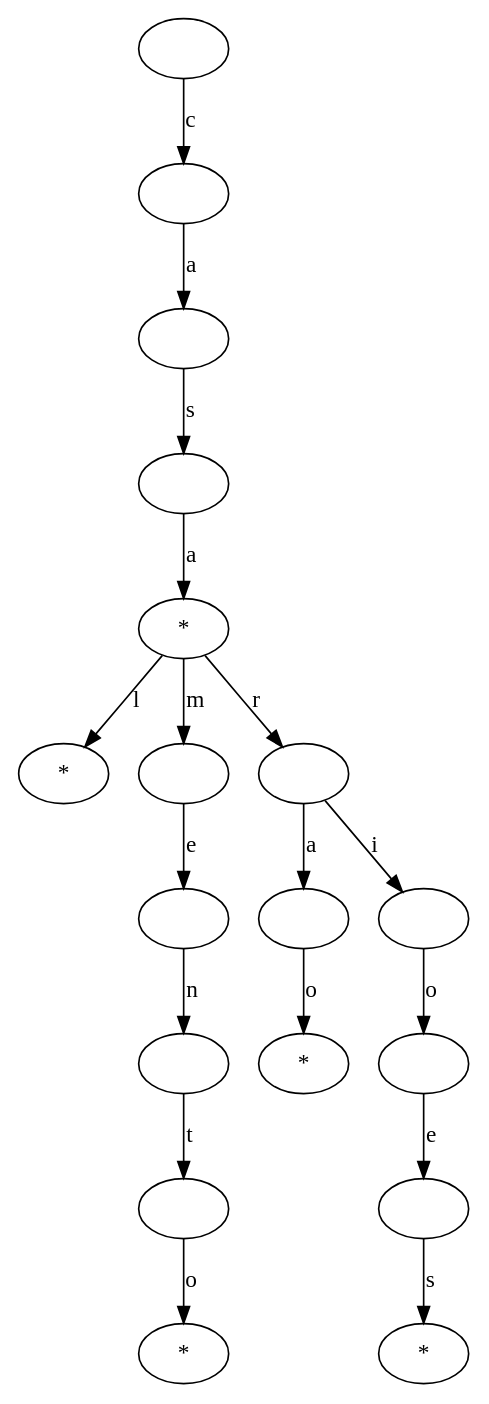
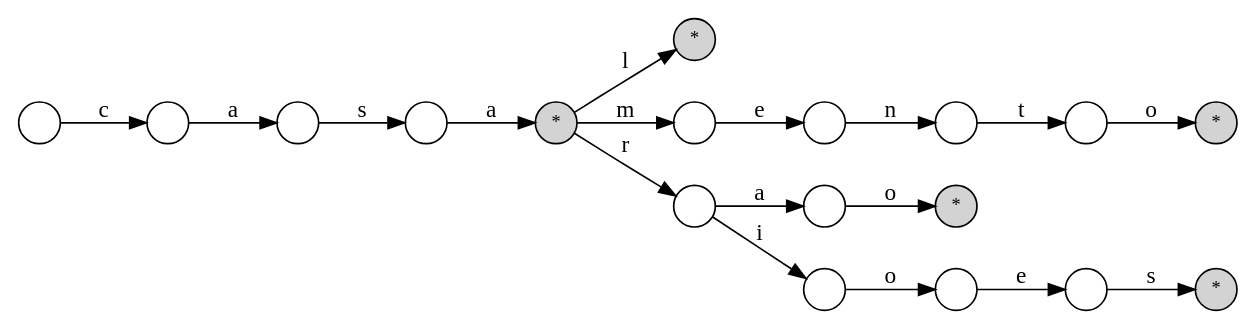
Before and after one commit to zCarlos17/Estrutura-em-Arvores: the diagram in visualizacoes/trie/trie_2_ramificacao.dot, drawn with Graphviz. The commit also changed 76 other files, not shown here.

Commit message:
diagramas visuais e correções na formatação do relatório LaTeX

```diff
--- a/visualizacoes/trie/trie_2_ramificacao.dot
+++ b/visualizacoes/trie/trie_2_ramificacao.dot
@@ -1,37 +1,40 @@
 digraph Trie{
-    node0x55e19e6ff6c0 [label=""];
-    node0x55e19e6ff6c0 -> node0x55e19e6ff7a0 [label="c"];
-    node0x55e19e6ff7a0 [label=""];
-    node0x55e19e6ff7a0 -> node0x55e19e6ff880 [label="a"];
-    node0x55e19e6ff880 [label=""];
-    node0x55e19e6ff880 -> node0x55e19e6ff960 [label="s"];
-    node0x55e19e6ff960 [label=""];
-    node0x55e19e6ff960 -> node0x55e19e6ffa40 [label="a"];
-    node0x55e19e6ffa40 [label="*"];
-    node0x55e19e6ffa40 -> node0x55e19e6ffb20 [label="l"];
-    node0x55e19e6ffb20 [label="*"];
-    node0x55e19e6ffa40 -> node0x55e19e6ffc00 [label="m"];
-    node0x55e19e6ffc00 [label=""];
-    node0x55e19e6ffc00 -> node0x55e19e6ffce0 [label="e"];
-    node0x55e19e6ffce0 [label=""];
-    node0x55e19e6ffce0 -> node0x55e19e6ffdc0 [label="n"];
-    node0x55e19e6ffdc0 [label=""];
-    node0x55e19e6ffdc0 -> node0x55e19e6ffea0 [label="t"];
-    node0x55e19e6ffea0 [label=""];
-    node0x55e19e6ffea0 -> node0x55e19e6fff80 [label="o"];
-    node0x55e19e6fff80 [label="*"];
-    node0x55e19e6ffa40 -> node0x55e19e700060 [label="r"];
-    node0x55e19e700060 [label=""];
-    node0x55e19e700060 -> node0x55e19e700140 [label="a"];
-    node0x55e19e700140 [label=""];
-    node0x55e19e700140 -> node0x55e19e700220 [label="o"];
-    node0x55e19e700220 [label="*"];
-    node0x55e19e700060 -> node0x55e19e700570 [label="i"];
-    node0x55e19e700570 [label=""];
-    node0x55e19e700570 -> node0x55e19e700650 [label="o"];
-    node0x55e19e700650 [label=""];
-    node0x55e19e700650 -> node0x55e19e700730 [label="e"];
-    node0x55e19e700730 [label=""];
-    node0x55e19e700730 -> node0x55e19e700810 [label="s"];
-    node0x55e19e700810 [label="*"];
+    rankdir=LR;
+    node [shape=circle, fontsize=11, width=0.35, fixedsize=true];
+    nodesep=0.35; ranksep=0.6;
+    node0x55b7ec1c56c0 [label=""];
+    node0x55b7ec1c56c0 -> node0x55b7ec1c57a0 [label="c"];
+    node0x55b7ec1c57a0 [label=""];
+    node0x55b7ec1c57a0 -> node0x55b7ec1c5880 [label="a"];
+    node0x55b7ec1c5880 [label=""];
+    node0x55b7ec1c5880 -> node0x55b7ec1c5960 [label="s"];
+    node0x55b7ec1c5960 [label=""];
+    node0x55b7ec1c5960 -> node0x55b7ec1c5a40 [label="a"];
+    node0x55b7ec1c5a40 [label="*", style=filled, fillcolor=lightgray];
+    node0x55b7ec1c5a40 -> node0x55b7ec1c5b20 [label="l"];
+    node0x55b7ec1c5b20 [label="*", style=filled, fillcolor=lightgray];
+    node0x55b7ec1c5a40 -> node0x55b7ec1c5c00 [label="m"];
+    node0x55b7ec1c5c00 [label=""];
+    node0x55b7ec1c5c00 -> node0x55b7ec1c5ce0 [label="e"];
+    node0x55b7ec1c5ce0 [label=""];
+    node0x55b7ec1c5ce0 -> node0x55b7ec1c5dc0 [label="n"];
+    node0x55b7ec1c5dc0 [label=""];
+    node0x55b7ec1c5dc0 -> node0x55b7ec1c5ea0 [label="t"];
+    node0x55b7ec1c5ea0 [label=""];
+    node0x55b7ec1c5ea0 -> node0x55b7ec1c5f80 [label="o"];
+    node0x55b7ec1c5f80 [label="*", style=filled, fillcolor=lightgray];
+    node0x55b7ec1c5a40 -> node0x55b7ec1c6060 [label="r"];
+    node0x55b7ec1c6060 [label=""];
+    node0x55b7ec1c6060 -> node0x55b7ec1c6140 [label="a"];
+    node0x55b7ec1c6140 [label=""];
+    node0x55b7ec1c6140 -> node0x55b7ec1c6220 [label="o"];
+    node0x55b7ec1c6220 [label="*", style=filled, fillcolor=lightgray];
+    node0x55b7ec1c6060 -> node0x55b7ec1c6570 [label="i"];
+    node0x55b7ec1c6570 [label=""];
+    node0x55b7ec1c6570 -> node0x55b7ec1c6650 [label="o"];
+    node0x55b7ec1c6650 [label=""];
+    node0x55b7ec1c6650 -> node0x55b7ec1c6730 [label="e"];
+    node0x55b7ec1c6730 [label=""];
+    node0x55b7ec1c6730 -> node0x55b7ec1c6810 [label="s"];
+    node0x55b7ec1c6810 [label="*", style=filled, fillcolor=lightgray];
 }
```
